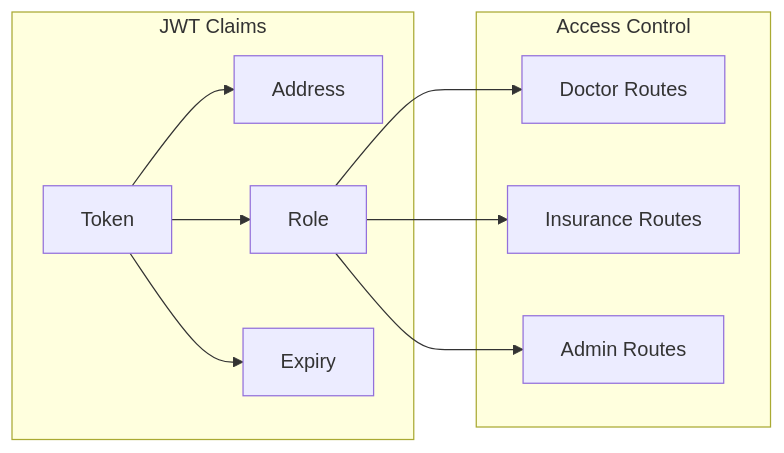
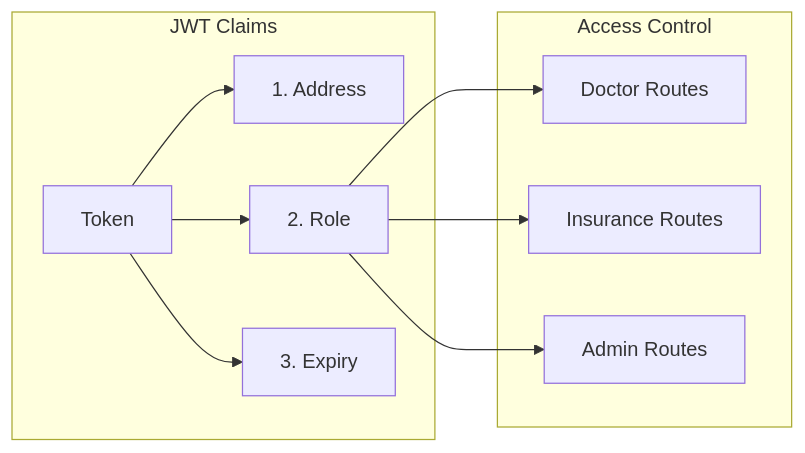
One commit to 0xneobyte/ZKPhealth changed the third of 3 diagrams in JWT_AUTH.md. Above: the diagram before and after it, drawn with Mermaid. The commit also changed other lines of this file, not shown here.

````diff
--- a/JWT_AUTH.md
+++ b/JWT_AUTH.md
@@ -116,14 +141,14 @@
 ```mermaid
 graph LR
     subgraph JWT Claims
-        T[Token] --> A[Address]
-        T --> R[Role]
-        T --> E[Expiry]
+        T[Token] --> A[1. Address]
+        T --> R[2. Role]
+        T --> E[3. Expiry]
     end
     
     subgraph Access Control
         R --> D[Doctor Routes]
         R --> I[Insurance Routes]
         R --> Ad[Admin Routes]
     end
 ```
````
